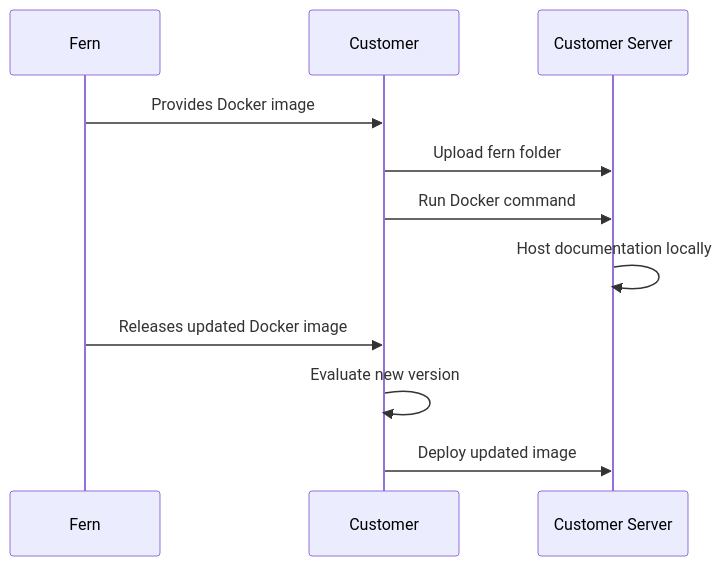
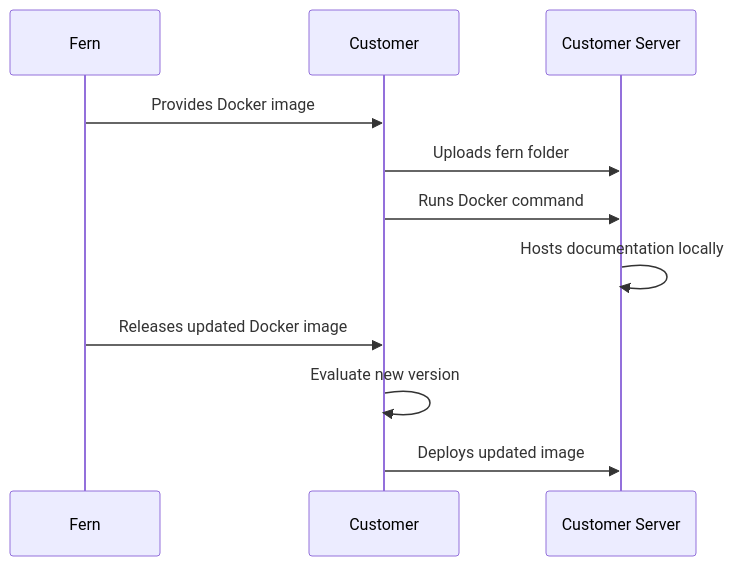
One commit to fern-api/docs changed the diagram in fern/products/docs/pages/enterprise/self-hosted.mdx. Above: the diagram before and after it, drawn with Mermaid. The commit also changed other lines of this file, not shown here.

````diff
--- a/fern/products/docs/pages/enterprise/self-hosted.mdx
+++ b/fern/products/docs/pages/enterprise/self-hosted.mdx
@@ -42,14 +42,14 @@
 ```mermaid
 sequenceDiagram
     participant F as Fern
     participant C as Customer
     participant S as Customer Server
 
     F->>C: Provides Docker image
-    C->>S: Upload fern folder
-    C->>S: Run Docker command
-    S->>S: Host documentation locally
+    C->>S: Uploads fern folder
+    C->>S: Runs Docker command
+    S->>S: Hosts documentation locally
     F->>C: Releases updated Docker image
     C->>C: Evaluate new version
-    C->>S: Deploy updated image
+    C->>S: Deploys updated image
 ```
````
